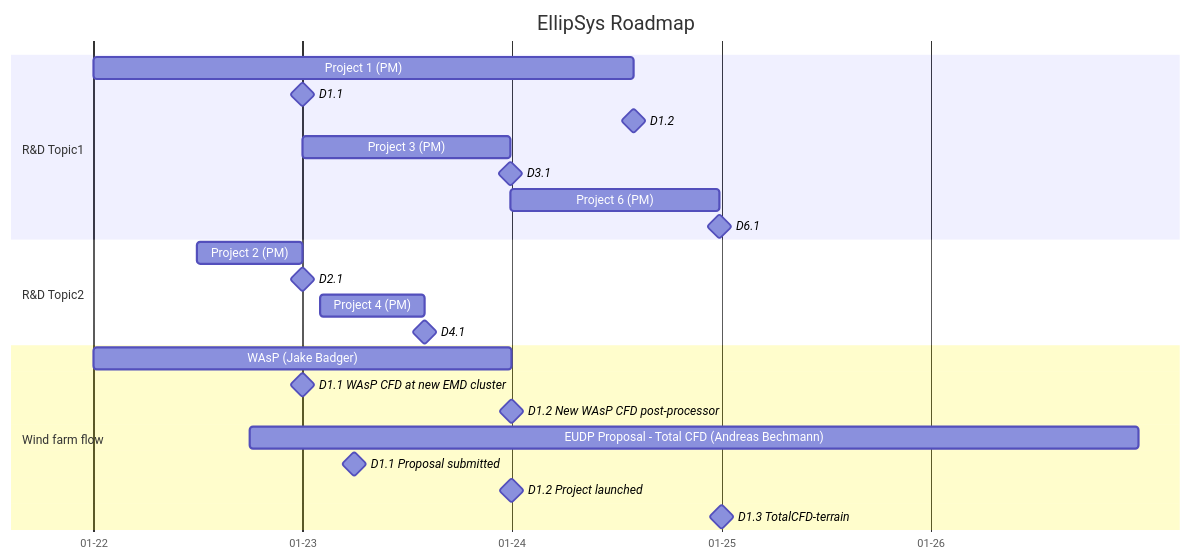
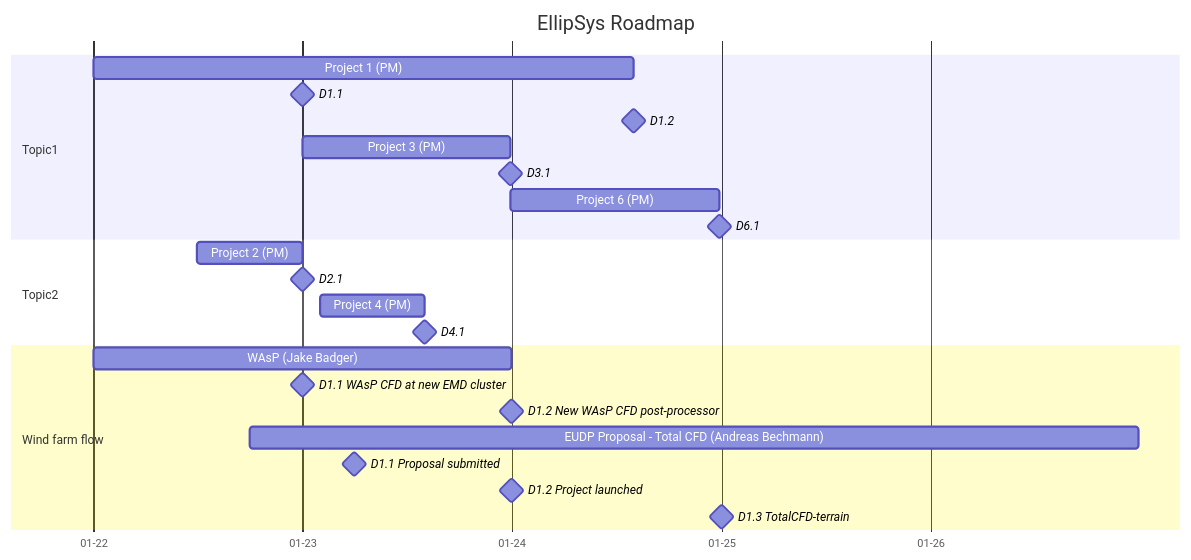
The diagram in README.md (andh-dtu/test), drawn with Mermaid before and after one commit.

````diff
--- a/README.md
+++ b/README.md
@@ -1,30 +1,30 @@
 ```mermaid
 gantt
 Title EllipSys Roadmap
 dateFormat YYYY-MM-DD
 axisFormat %m-%y
  
-section R&D Topic1
+section Topic1
 Project 1 (PM): p1, 2022-01-01, 2024-08-01
 D1.1 : milestone, m11, 2023-01-01, 2min
 D1.2 : milestone, m12, after p1, 2min
 Project 3 (PM): p3, 2023-01-01, 52w
 D3.1 : milestone, m31, after p3, 2min
 Project 6 (PM): p6, after p3, 52w
 D6.1 : milestone, m61, after p6, 2min
 
-section R&D Topic2
+section Topic2
 Project 2 (PM): p2, 2022-07-01, 2023-01-01
 D2.1 : milestone, m21, after p2, 2min
 Project 4 (PM): p4, 2023-02-01 , 26w
 D4.1 : milestone, m41, after p4, 2min
 
 section Wind farm flow
 WAsP (Jake Badger) : waspcfd, 2022-01-01, 2024-01-01
 D1.1 WAsP CFD at new EMD cluster : milestone, waspcfd_1, 2023-01-01, 2min
 D1.2 New WAsP CFD post-processor : milestone, waspcfd_2, 2024-01-01, 2min
 EUDP Proposal - Total CFD (Andreas Bechmann) : totalcfd, 2022-10-01, 2026-12-31
 D1.1 Proposal submitted : milestone, totalcfd_1, 2023-04-01, 2min
 D1.2 Project launched    : milestone, totalcfd_2, 2024-01-01, 2min
 D1.3 TotalCFD-terrain : milestone, totalcfd_3, 2025-01-01, 2min
 ```
````
